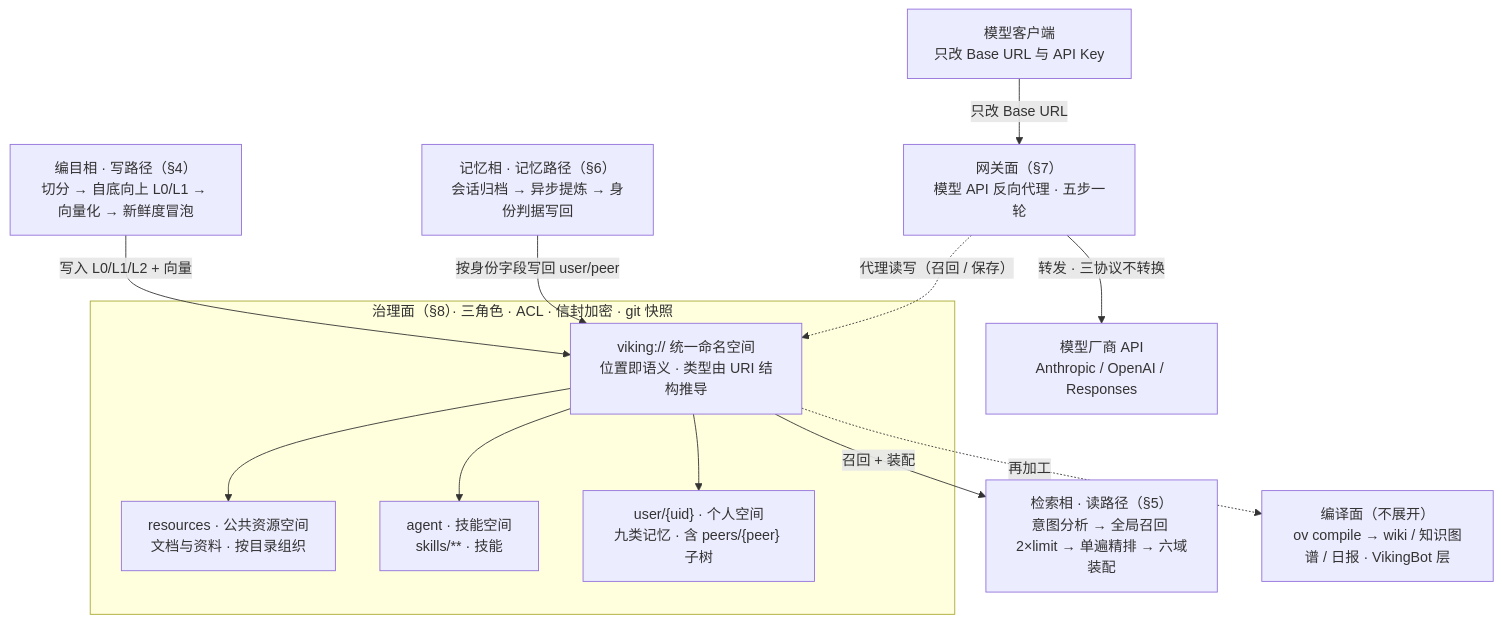
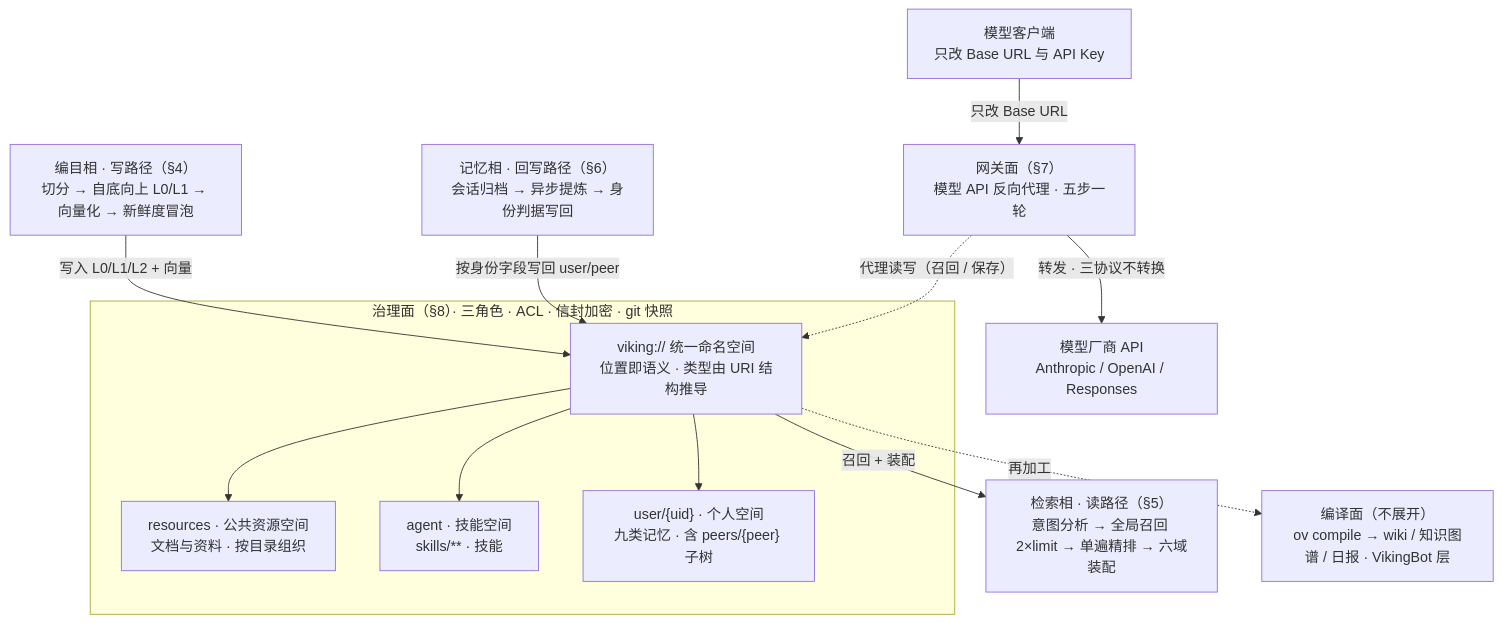
One commit to ThreeFish-AI/negentropy changed the diagram in docs/assets/mermaid/cognitive-context/openviking--panorama.mmd. Above: the diagram before and after it, drawn with Mermaid. The commit also changed 15 other files, not shown here.

First line of the commit message:
docs(cognitive-context): 014 十二图挂载终检修复——panorama 统一「回写路径」并重渲、锚点去图号化与资产清点/日期口径对齐;

```diff
--- a/docs/assets/mermaid/cognitive-context/openviking--panorama.mmd
+++ b/docs/assets/mermaid/cognitive-context/openviking--panorama.mmd
@@ -1,20 +1,20 @@
 %% source: docs/research/cognitive-context/014-openviking.md §2 全貌（一树三相三面图例补全新增）
 %% slug: openviking--panorama
 %% type: architecture
 %% derived: docs/assets/architecture/cognitive-context/openviking--panorama.html
 flowchart TB
   CLIENT["模型客户端<br/>只改 Base URL 与 API Key"] -->|"只改 Base URL"| GATEWAY["网关面（§7）<br/>模型 API 反向代理 · 五步一轮"]
   GATEWAY -->|"转发 · 三协议不转换"| UPSTREAM["模型厂商 API<br/>Anthropic / OpenAI / Responses"]
   INGEST["编目相 · 写路径（§4）<br/>切分 → 自底向上 L0/L1 → 向量化 → 新鲜度冒泡"] -->|"写入 L0/L1/L2 + 向量"| VIKING
   RETRIEVE["检索相 · 读路径（§5）<br/>意图分析 → 全局召回 2×limit → 单遍精排 → 六域装配"]
-  MEMORY["记忆相 · 记忆路径（§6）<br/>会话归档 → 异步提炼 → 身份判据写回"] -->|"按身份字段写回 user/peer"| VIKING
+  MEMORY["记忆相 · 回写路径（§6）<br/>会话归档 → 异步提炼 → 身份判据写回"] -->|"按身份字段写回 user/peer"| VIKING
   COMPILE["编译面（不展开）<br/>ov compile → wiki / 知识图谱 / 日报 · VikingBot 层"]
   subgraph GOV["治理面（§8）· 三角色 · ACL · 信封加密 · git 快照"]
     VIKING["viking:// 统一命名空间<br/>位置即语义 · 类型由 URI 结构推导"]
     VIKING --> RES["resources · 公共资源空间<br/>文档与资料 · 按目录组织"]
     VIKING --> AGT["agent · 技能空间<br/>skills/** · 技能"]
     VIKING --> USR["user/{uid} · 个人空间<br/>九类记忆 · 含 peers/{peer} 子树"]
   end
   GATEWAY -.->|"代理读写（召回 / 保存）"| VIKING
   VIKING -->|"召回 + 装配"| RETRIEVE
   VIKING -.->|"再加工"| COMPILE
```
